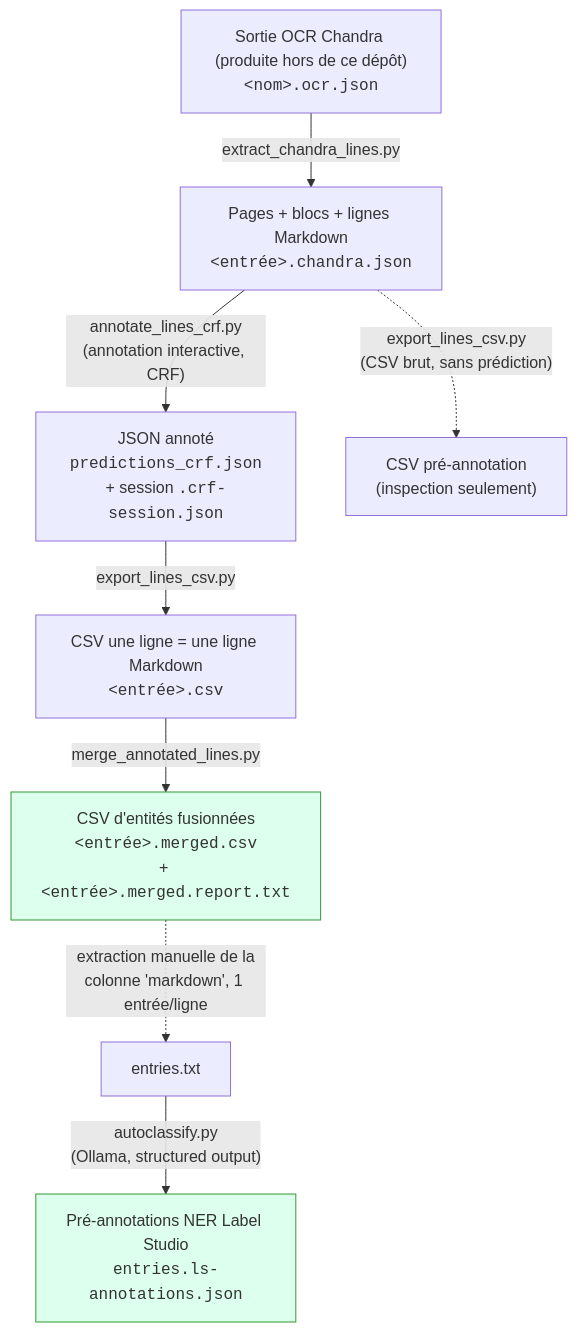
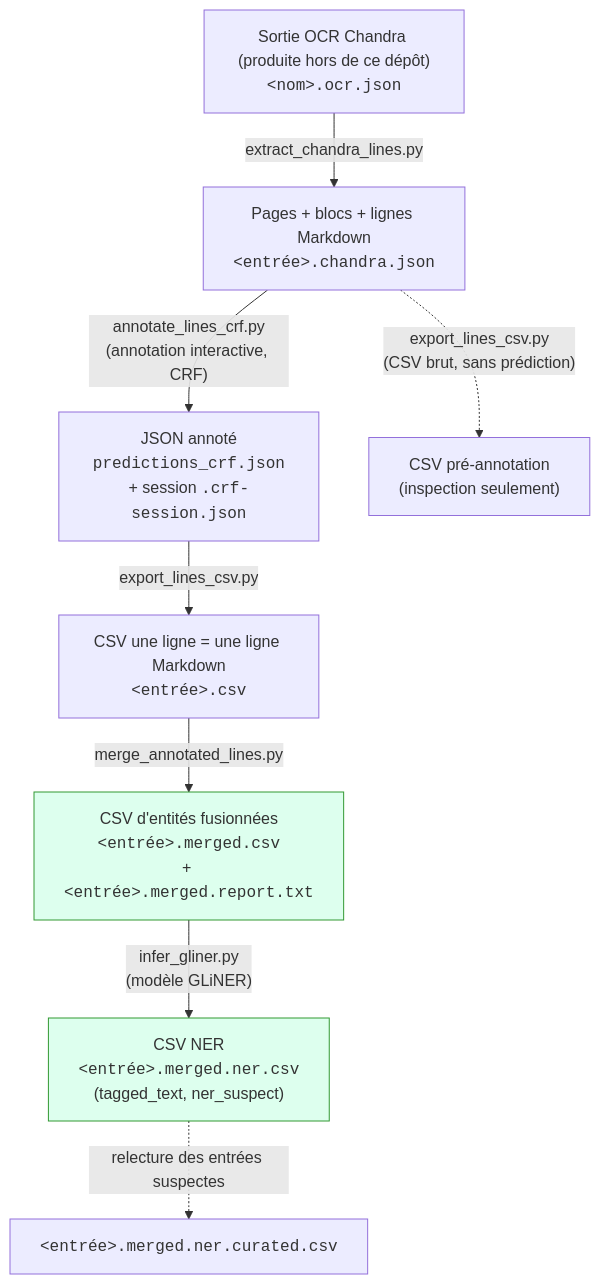
One commit to HueyNemud/adresses_revolutionnaires changed the first of 3 diagrams in README.md. Above: the diagram before and after it, drawn with Mermaid. The commit also changed other lines of this file and 5 other files, not shown here.

````diff
--- a/README.md
+++ b/README.md
@@ -29,15 +29,15 @@
 ```mermaid
 flowchart TD
     B["Sortie OCR Chandra (produite hors de ce dépôt)<br/><code>&lt;nom&gt;.ocr.json</code>"]
     B -->|"extract_chandra_lines.py"| C["Pages + blocs + lignes Markdown<br/><code>&lt;entrée&gt;.chandra.json</code>"]
     C -->|"annotate_lines_crf.py<br/>(annotation interactive, CRF)"| D["JSON annoté<br/><code>predictions_crf.json</code><br/>+ session <code>.crf-session.json</code>"]
     D -->|"export_lines_csv.py"| E["CSV une ligne = une ligne Markdown<br/><code>&lt;entrée&gt;.csv</code>"]
     E -->|"merge_annotated_lines.py"| F["CSV d'entités fusionnées<br/><code>&lt;entrée&gt;.merged.csv</code><br/>+ <code>&lt;entrée&gt;.merged.report.txt</code>"]
-    F -.->|"extraction manuelle de la<br/>colonne 'markdown', 1 entrée/ligne"| G["entries.txt"]
-    G -->|"autoclassify.py<br/>(Ollama, structured output)"| H["Pré-annotations NER Label Studio<br/><code>entries.ls-annotations.json</code>"]
+    F -->|"infer_gliner.py<br/>(modèle GLiNER)"| H["CSV NER<br/><code>&lt;entrée&gt;.merged.ner.csv</code><br/>(tagged_text, ner_suspect)"]
+    H -.->|"relecture des entrées suspectes"| H2["<code>&lt;entrée&gt;.merged.ner.curated.csv</code>"]
 
     C -.->|"export_lines_csv.py<br/>(CSV brut, sans prédiction)"| E2["CSV pré-annotation<br/>(inspection seulement)"]
 
     style F fill:#dfe,stroke:#393
     style H fill:#dfe,stroke:#393
 ```
````
